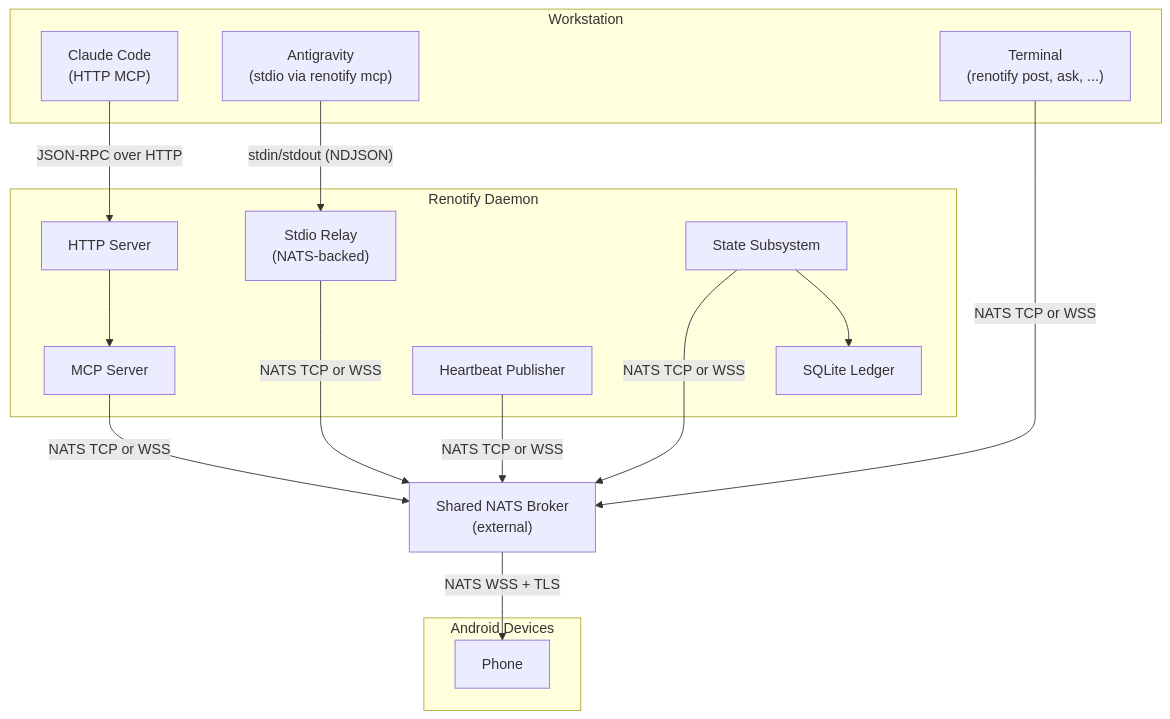
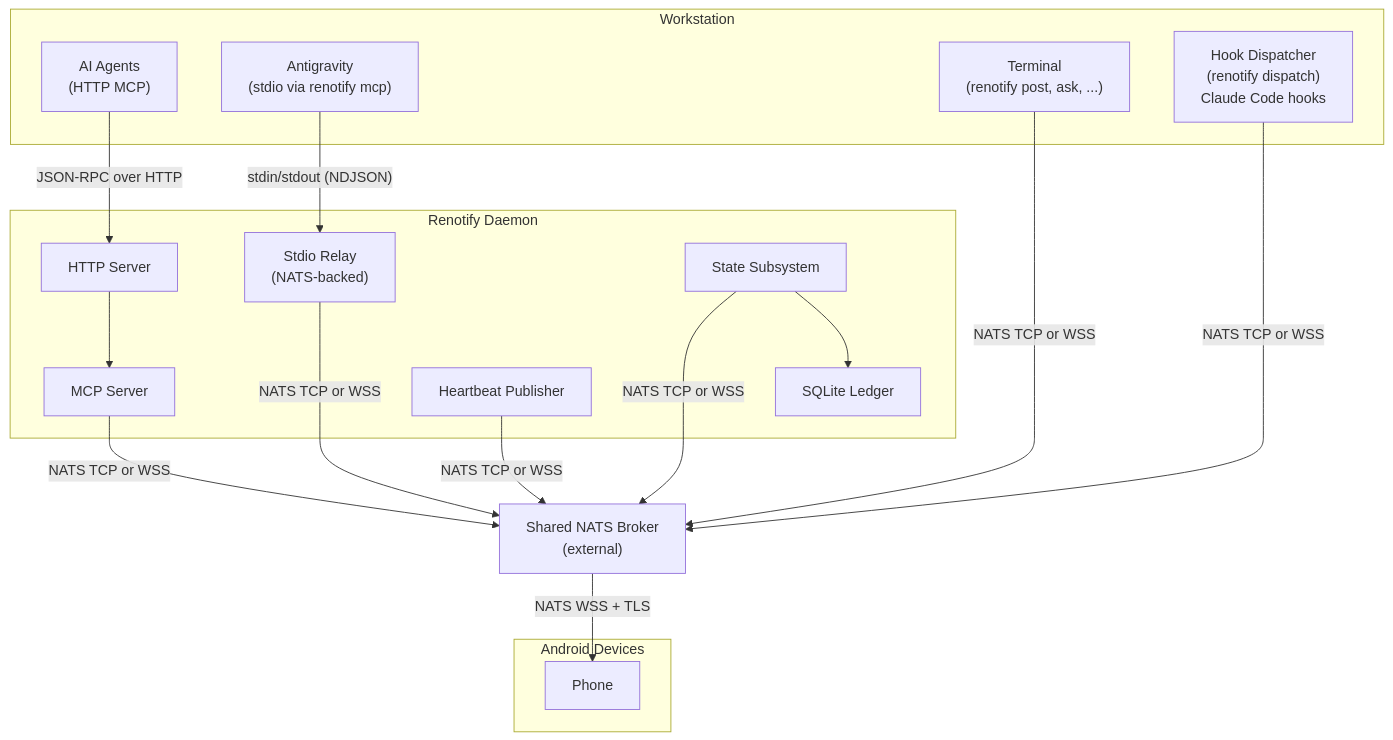
One commit to resystems-io/renotify changed the second of 6 diagrams in docs/renotify-architecture.md. Above: the diagram before and after it, drawn with Mermaid. The commit also changed other lines of this file, not shown here.

First line of the commit message:
docs: add hook dispatcher to architecture diagrams and flows

````diff
--- a/docs/renotify-architecture.md
+++ b/docs/renotify-architecture.md
@@ -146,34 +167,36 @@
 ```mermaid
 graph TB
     subgraph Workstation
-        CC["Claude Code<br/>(HTTP MCP)"]
+        AI["AI Agents<br/>(HTTP MCP)"]
         AG["Antigravity<br/>(stdio via renotify mcp)"]
         Term["Terminal<br/>(renotify post, ask, ...)"]
+        Hook["Hook Dispatcher<br/>(renotify dispatch)<br/>Claude Code hooks"]
     end
 
     subgraph DaemonProcess["Renotify Daemon"]
         HTTP["HTTP Server"]
         MCP["MCP Server"]
         Stdio["Stdio Relay<br/>(NATS-backed)"]
         State["State Subsystem"]
         Ledger["SQLite Ledger"]
         HB["Heartbeat Publisher"]
     end
 
     SharedBroker["Shared NATS Broker<br/>(external)"]
 
     subgraph Mobile["Android Devices"]
         Phone["Phone"]
     end
 
-    CC -->|"JSON-RPC over HTTP"| HTTP
+    AI -->|"JSON-RPC over HTTP"| HTTP
     HTTP --> MCP
     AG -->|"stdin/stdout (NDJSON)"| Stdio
     Stdio -->|"NATS TCP or WSS"| SharedBroker
     Term -->|"NATS TCP or WSS"| SharedBroker
+    Hook -->|"NATS TCP or WSS"| SharedBroker
     MCP -->|"NATS TCP or WSS"| SharedBroker
     State -->|"NATS TCP or WSS"| SharedBroker
     HB -->|"NATS TCP or WSS"| SharedBroker
     State --> Ledger
     SharedBroker -->|"NATS WSS + TLS"| Phone
 ```
````
